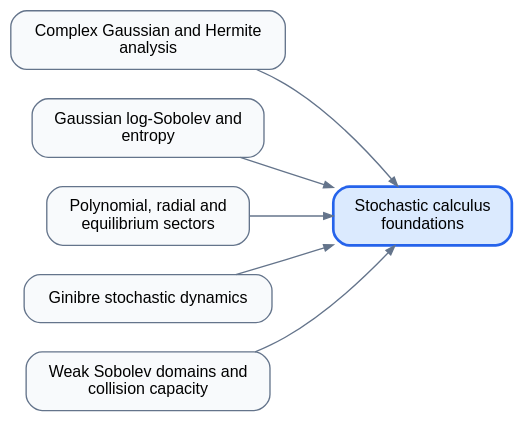
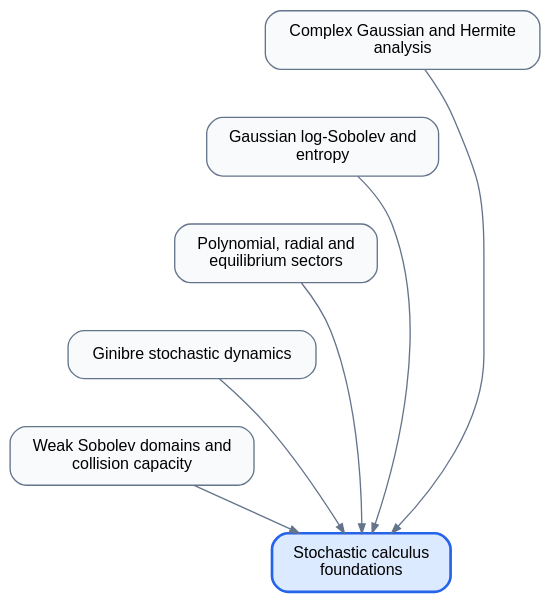
Before and after one commit to djalilchafai/ginibre-poincare: the diagram in diagrams/StochasticCalculus.dot, drawn with Graphviz. The commit also changed 44 other files, not shown here.

Commit message:
Make dependency diagrams vertical and add GitHub Pages deployment

```diff
--- a/diagrams/StochasticCalculus.dot
+++ b/diagrams/StochasticCalculus.dot
@@ -1,17 +1,21 @@
 digraph dependencies {
-rankdir=LR;
+rankdir=TB;
 graph [bgcolor="transparent", pad="0.3", nodesep="0.3"];
 node [shape=box, style="rounded,filled", fillcolor="#f8fafc", color="#64748b", fontname="sans-serif", fontsize=12, margin="0.18,0.12"];
 edge [color="#64748b", arrowsize=0.7];
 ComplexGaussianHermite [label="Complex Gaussian and Hermite\nanalysis"];
 GaussianLSI [label="Gaussian log-Sobolev and\nentropy"];
 PolynomialRadial [label="Polynomial, radial and\nequilibrium sectors"];
 StochasticDynamics [label="Ginibre stochastic dynamics"];
 WeakSobolev [label="Weak Sobolev domains and\ncollision capacity"];
 StochasticCalculus [label="Stochastic calculus\nfoundations", fillcolor="#dbeafe", color="#2563eb", penwidth=2];
 ComplexGaussianHermite -> StochasticCalculus;
 GaussianLSI -> StochasticCalculus;
 PolynomialRadial -> StochasticCalculus;
 StochasticDynamics -> StochasticCalculus;
 WeakSobolev -> StochasticCalculus;
+ComplexGaussianHermite -> GaussianLSI [style=invis];
+GaussianLSI -> PolynomialRadial [style=invis];
+PolynomialRadial -> StochasticDynamics [style=invis];
+StochasticDynamics -> WeakSobolev [style=invis];
 }
```
